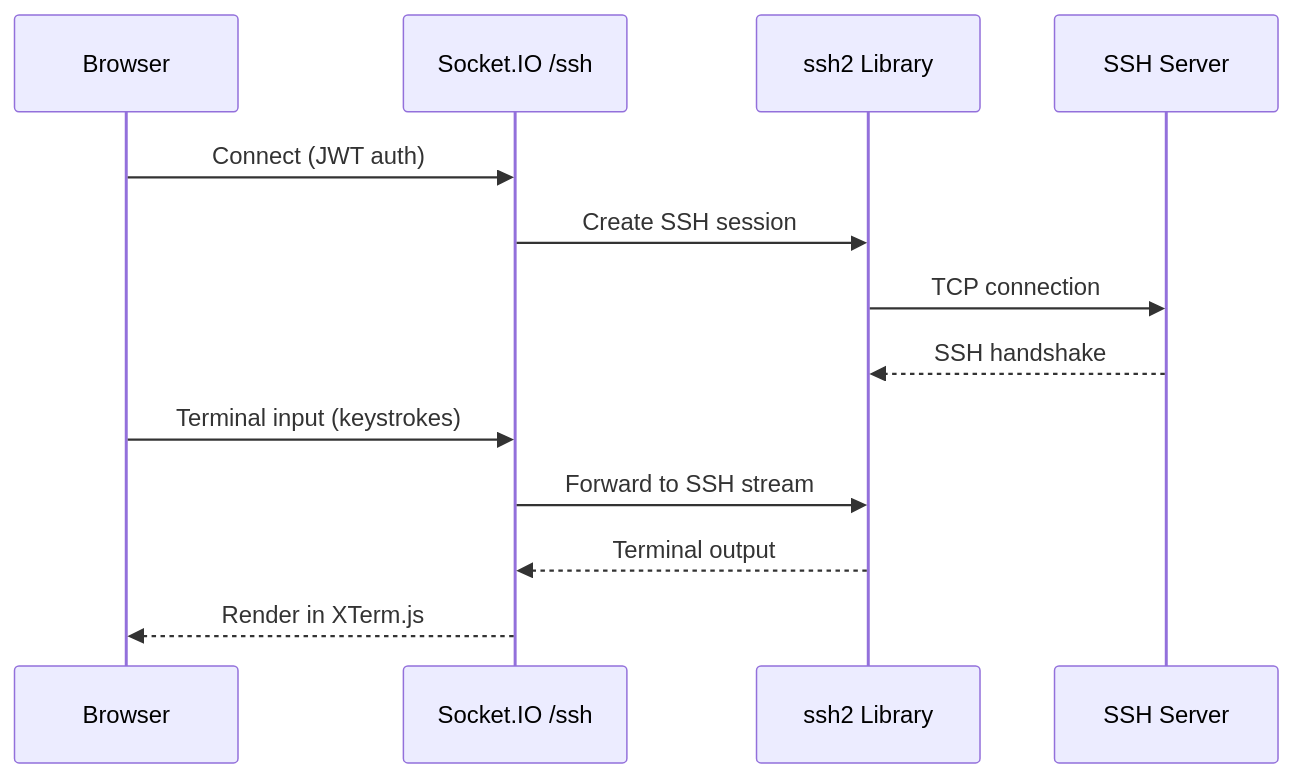
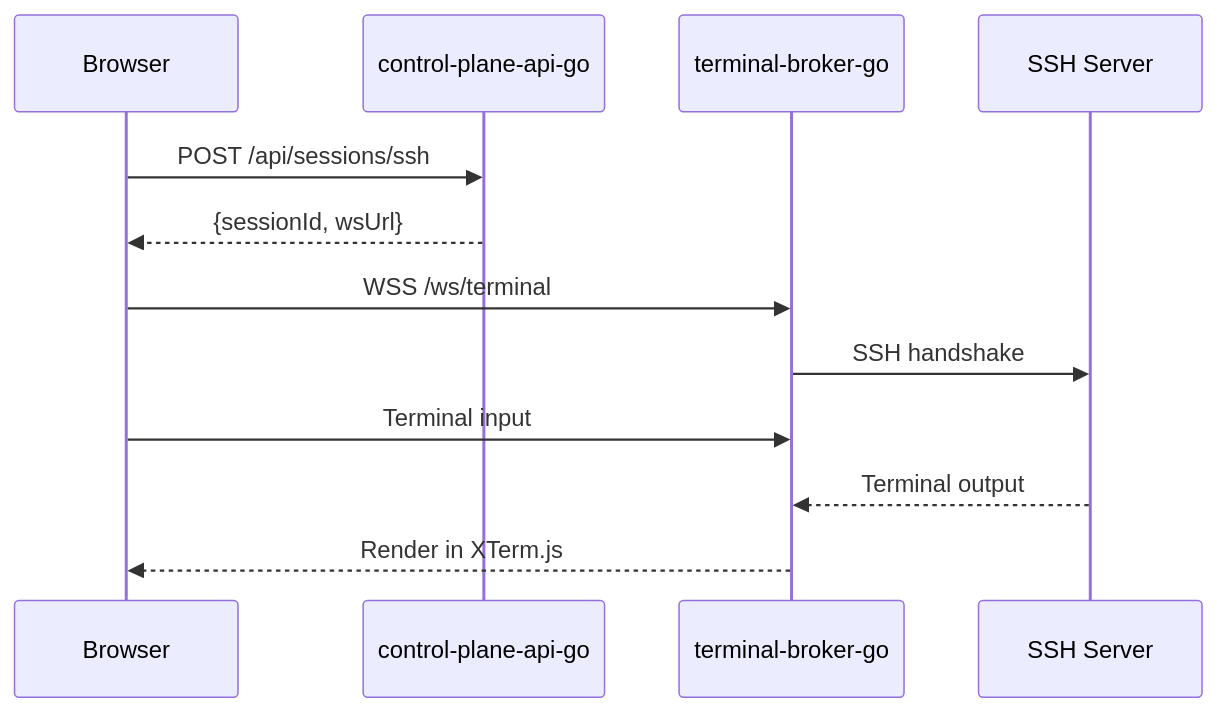
One commit to dnviti/arsenale changed the fifth of 11 diagrams in docs/architecture.md. Above: the diagram before and after it, drawn with Mermaid. The commit also changed other lines of this file and 300 other files, not shown here.

````diff
--- a/docs/architecture.md
+++ b/docs/architecture.md
@@ -192,16 +180,15 @@
 ```mermaid
 sequenceDiagram
     participant Browser
-    participant SocketIO as Socket.IO /ssh
-    participant SSH2 as ssh2 Library
+    participant API as control-plane-api-go
+    participant Terminal as terminal-broker-go
     participant Target as SSH Server
 
-    Browser->>SocketIO: Connect (JWT auth)
-    SocketIO->>SSH2: Create SSH session
-    SSH2->>Target: TCP connection
-    Target-->>SSH2: SSH handshake
-    Browser->>SocketIO: Terminal input (keystrokes)
-    SocketIO->>SSH2: Forward to SSH stream
-    SSH2-->>SocketIO: Terminal output
-    SocketIO-->>Browser: Render in XTerm.js
+    Browser->>API: POST /api/sessions/ssh
+    API-->>Browser: {sessionId, wsUrl}
+    Browser->>Terminal: WSS /ws/terminal
+    Terminal->>Target: SSH handshake
+    Browser->>Terminal: Terminal input
+    Target-->>Terminal: Terminal output
+    Terminal-->>Browser: Render in XTerm.js
 ```
````
